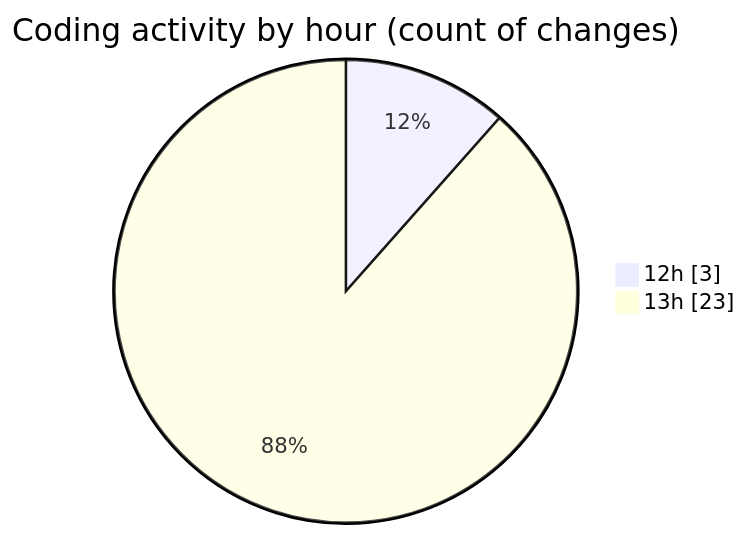
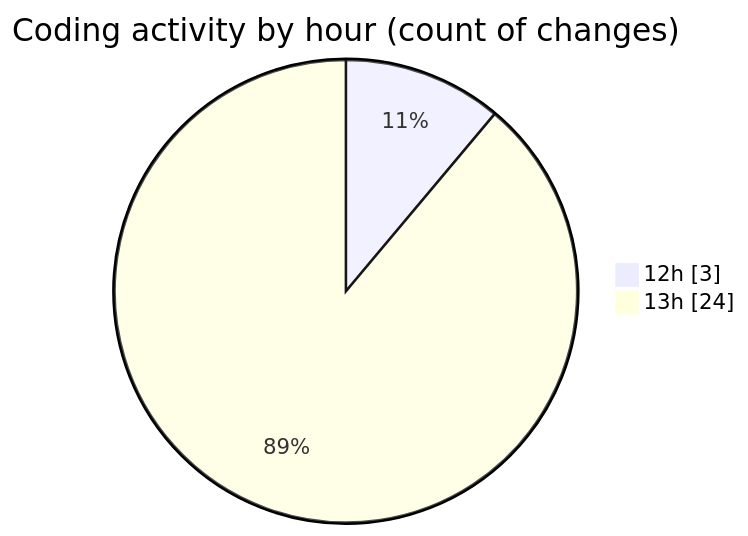
The second of 2 diagrams in 2025-09-26/nxtqube_webapp/README.md (nxtqubesakshisongat/code-tracking), drawn with Mermaid before and after one commit. The commit also changed other lines of this file and 1 other file, not shown here.

````diff
--- a/2025-09-26/nxtqube_webapp/README.md
+++ b/2025-09-26/nxtqube_webapp/README.md
@@ -29,6 +31,6 @@
 ```mermaid
 pie showData
 title Coding activity by hour (count of changes)
 "12h" : 3
-"13h" : 23
+"13h" : 24
 ```
````
